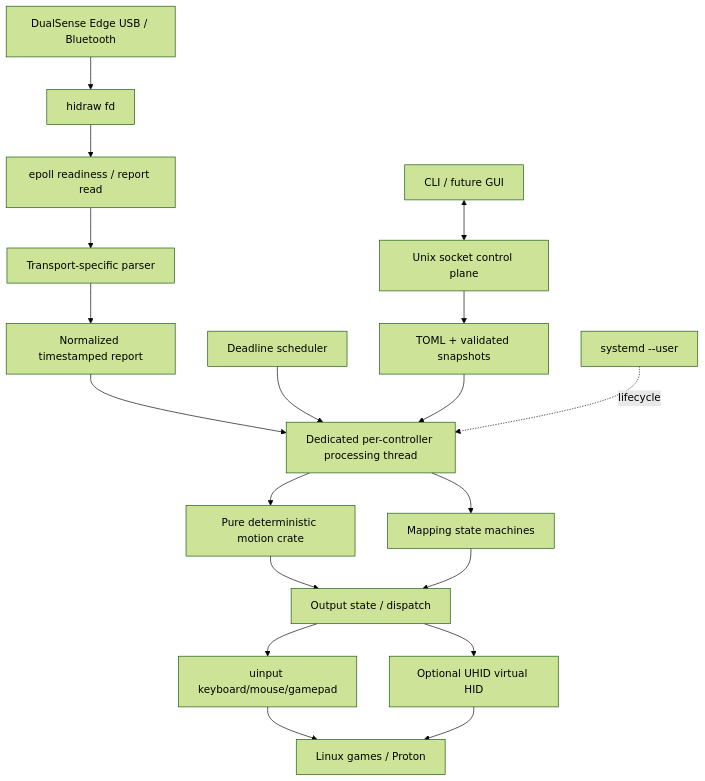
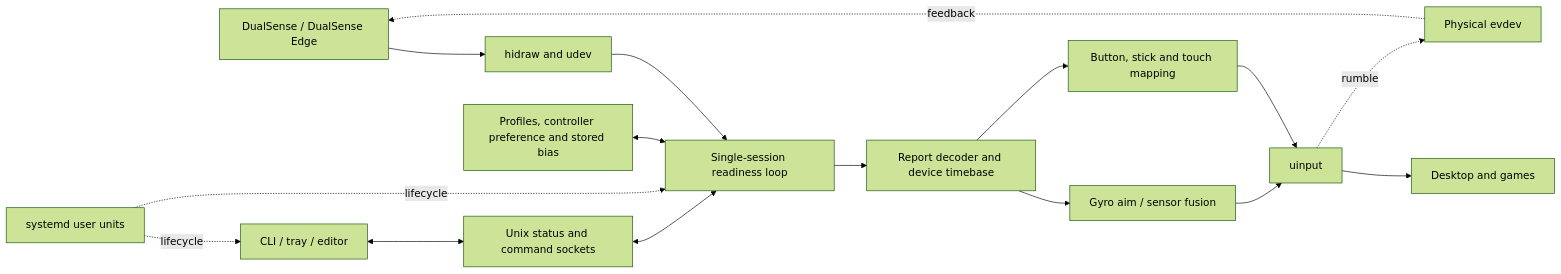
One commit to aapokaapo/JoyShockRust changed the diagram in ARCHITECTURE.md. Above: the diagram before and after it, drawn with Mermaid (forest theme). The commit also changed other lines of this file and 12 other files, not shown here.

Commit message:
Align project documentation with current implementation and roadmap

````diff
--- a/ARCHITECTURE.md
+++ b/ARCHITECTURE.md
@@ -3,21 +7,18 @@
 ```mermaid
-flowchart TD
-  HID[DualSense Edge USB / Bluetooth] --> RAW[hidraw fd]
-  RAW --> READY[epoll readiness / report read]
-  READY --> PARSE[Transport-specific parser]
-  PARSE --> NORM[Normalized timestamped report]
-  NORM --> ENGINE[Dedicated per-controller processing thread]
-  TIMER[Deadline scheduler] --> ENGINE
-  ENGINE --> MOTION[Pure deterministic motion crate]
-  ENGINE --> MAP[Mapping state machines]
-  MOTION --> DISPATCH[Output state / dispatch]
-  MAP --> DISPATCH
-  DISPATCH --> UINPUT[uinput keyboard/mouse/gamepad]
-  DISPATCH --> UHID[Optional UHID virtual HID]
-  UINPUT --> GAMES[Linux games / Proton]
-  UHID --> GAMES
-  CLI[CLI / future GUI] <--> IPC[Unix socket control plane]
-  IPC --> CONFIG[TOML + validated snapshots]
-  CONFIG --> ENGINE
-  SYSTEMD[systemd --user] -. lifecycle .-> ENGINE
+flowchart LR
+  PAD[DualSense / DualSense Edge] --> HID[hidraw and udev]
+  HID --> LOOP[Single-session readiness loop]
+  LOOP --> INPUT[Report decoder and device timebase]
+  INPUT --> MOTION[Gyro aim / sensor fusion]
+  INPUT --> MAP[Button, stick and touch mapping]
+  MOTION --> OUT[uinput]
+  MAP --> OUT
+  OUT --> GAME[Desktop and games]
+  OUT -. rumble .-> EVDEV[Physical evdev]
+  EVDEV -. feedback .-> PAD
+  UI[CLI / tray / editor] <--> IPC[Unix status and command sockets]
+  IPC <--> LOOP
+  SETTINGS[Profiles, controller preference and stored bias] <--> LOOP
+  SYSTEMD[systemd user units] -. lifecycle .-> UI
+  SYSTEMD -. lifecycle .-> LOOP
 ```
````
